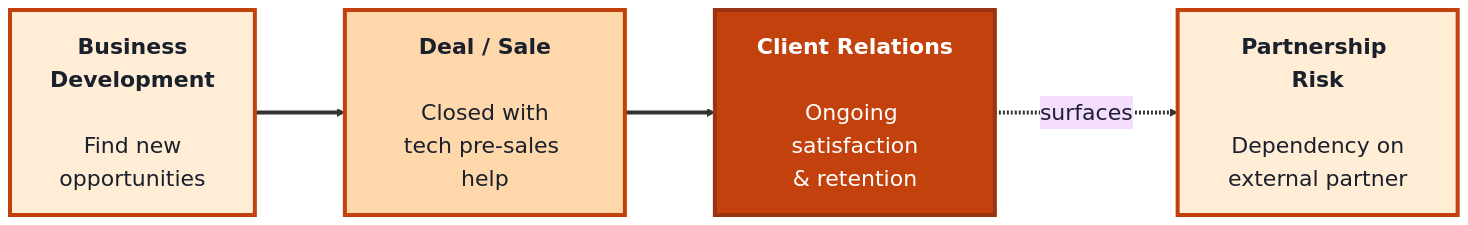
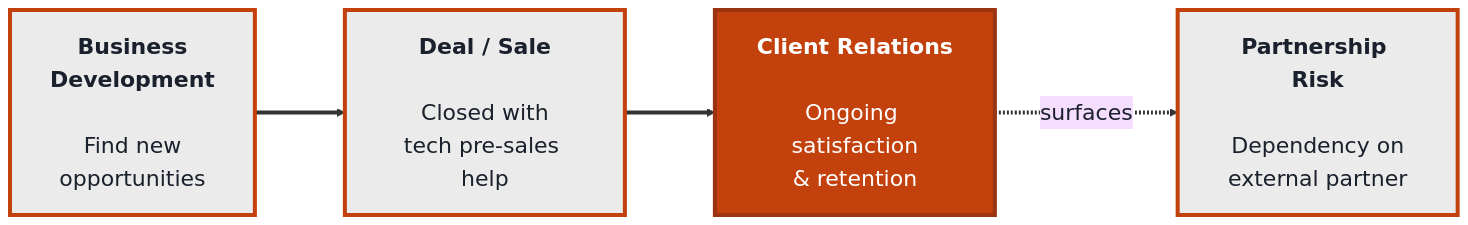
One commit to SHEMODELTECH/shemodeltech changed the third of 4 diagrams in src/Pages/courses/TechLeads/module-3-change-management-financial-literacy-sales-partnerships-technology-awareness.md. Above: the diagram before and after it, drawn with Mermaid. The commit also changed other lines of this file and 46 other files, not shown here.

````diff
--- a/src/Pages/courses/TechLeads/module-3-change-management-financial-literacy-sales-partnerships-technology-awareness.md
+++ b/src/Pages/courses/TechLeads/module-3-change-management-financial-literacy-sales-partnerships-technology-awareness.md
@@ -140,17 +140,17 @@
 ```mermaid
 %%{init: {'theme':'base', 'themeVariables': {'fontSize':'22px', 'primaryTextColor':'#1a202c', 'primaryBorderColor':'#c2410c', 'lineColor':'#333333'}, 'flowchart': {'nodeSpacing': 70, 'rankSpacing': 90, 'padding': 20}}}%%
 flowchart LR
     BD["<b>Business<br/>Development</b><br/><br/>Find new<br/>opportunities"]
     DEAL["<b>Deal / Sale</b><br/><br/>Closed with<br/>tech pre-sales help"]
     REL["<b>Client Relations</b><br/><br/>Ongoing satisfaction<br/>& retention"]
     RISK["<b>Partnership Risk</b><br/><br/>Dependency on<br/>external partner"]
 
     BD ==> DEAL ==> REL
     REL -.surfaces.-> RISK
 
-    style BD fill:#ffedd5,color:#1a202c,stroke:#c2410c,stroke-width:4px
-    style DEAL fill:#fed7aa,color:#1a202c,stroke:#c2410c,stroke-width:4px
+    style BD fill:#EBEBEB,color:#1a202c,stroke:#c2410c,stroke-width:4px
+    style DEAL fill:#EBEBEB,color:#1a202c,stroke:#c2410c,stroke-width:4px
     style REL fill:#c2410c,color:#fff,stroke:#9a3412,stroke-width:4px
-    style RISK fill:#ffedd5,color:#1a202c,stroke:#c2410c,stroke-width:4px
+    style RISK fill:#EBEBEB,color:#1a202c,stroke:#c2410c,stroke-width:4px
     linkStyle default stroke-width:4px,stroke:#333333
 ```
````
